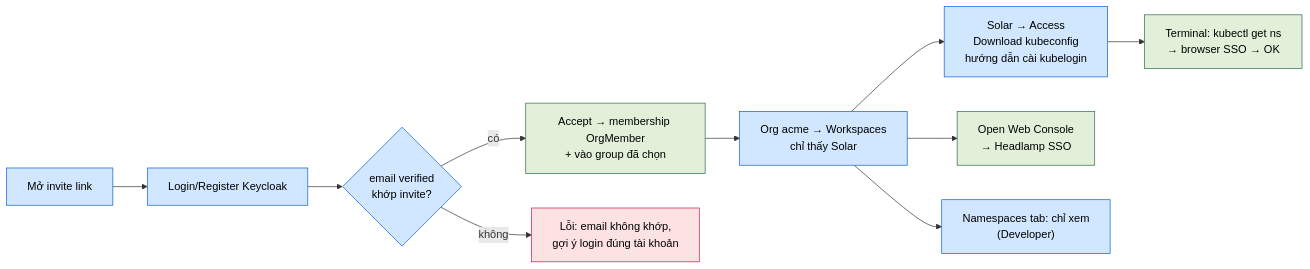
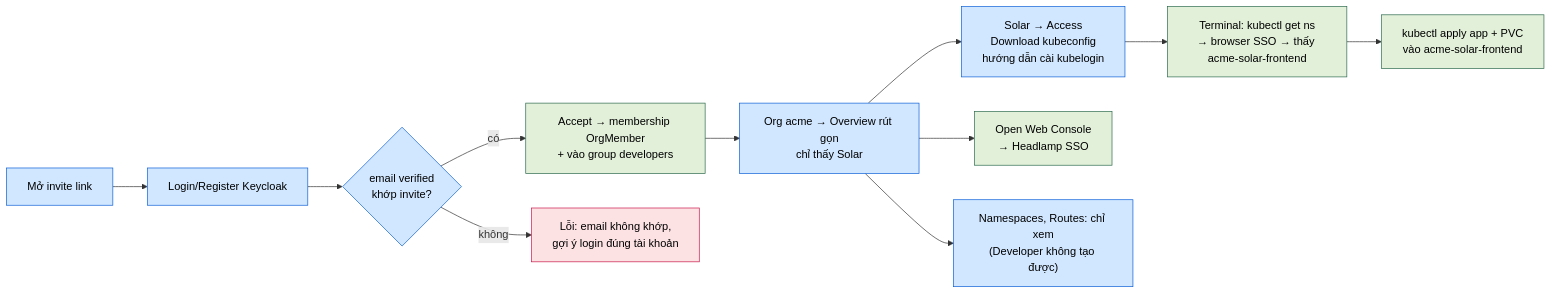
The third of 6 diagrams in docs/architecture/07-ux-wireflow.md (thaihoc1310/tenantry), drawn with Mermaid before and after one commit. The commit also changed other lines of this file and 14 other files, not shown here.

Commit message:
docs: full review of M0-M12 with org slugs without hyphens, one shared quota per Workspace, tenant RoleBinding and network admission policies, kube-proxy local detection by interface, in-app ownership transfer, missing endpoints, and demo numbers that fit the lab

````diff
--- a/docs/architecture/07-ux-wireflow.md
+++ b/docs/architecture/07-ux-wireflow.md
@@ -104,23 +106,24 @@
 ```mermaid
 flowchart LR
   classDef s fill:#d1e7ff,stroke:#0b5ed7,color:#000
   classDef e fill:#e2f0d9,stroke:#2d6a4f,color:#000
   classDef x fill:#fde2e4,stroke:#c9184a,color:#000
 
   J1["Mở invite link"]:::s
   J2["Login/Register Keycloak"]:::s
   J3{"email verified<br/>khớp invite?"}:::s
-  J4["Accept → membership OrgMember<br/>+ vào group đã chọn"]:::e
+  J4["Accept → membership OrgMember<br/>+ vào group developers"]:::e
   J5["Lỗi: email không khớp,<br/>gợi ý login đúng tài khoản"]:::x
-  J6["Org acme → Workspaces<br/>chỉ thấy Solar"]:::s
+  J6["Org acme → Overview rút gọn<br/>chỉ thấy Solar"]:::s
   J7["Solar → Access<br/>Download kubeconfig<br/>hướng dẫn cài kubelogin"]:::s
-  J8["Terminal: kubectl get ns<br/>→ browser SSO → OK"]:::e
+  J8["Terminal: kubectl get ns<br/>→ browser SSO → thấy acme-solar-frontend"]:::e
+  J8a["kubectl apply app + PVC<br/>vào acme-solar-frontend"]:::e
   J9["Open Web Console<br/>→ Headlamp SSO"]:::e
-  J10["Namespaces tab: chỉ xem<br/>(Developer)"]:::s
+  J10["Namespaces, Routes: chỉ xem<br/>(Developer không tạo được)"]:::s
 
   J1 --> J2 --> J3
-  J3 -->|"có"| J4 --> J6 --> J7 --> J8
+  J3 -->|"có"| J4 --> J6 --> J7 --> J8 --> J8a
   J3 -->|"không"| J5
   J6 --> J9
   J6 --> J10
 ```
````
